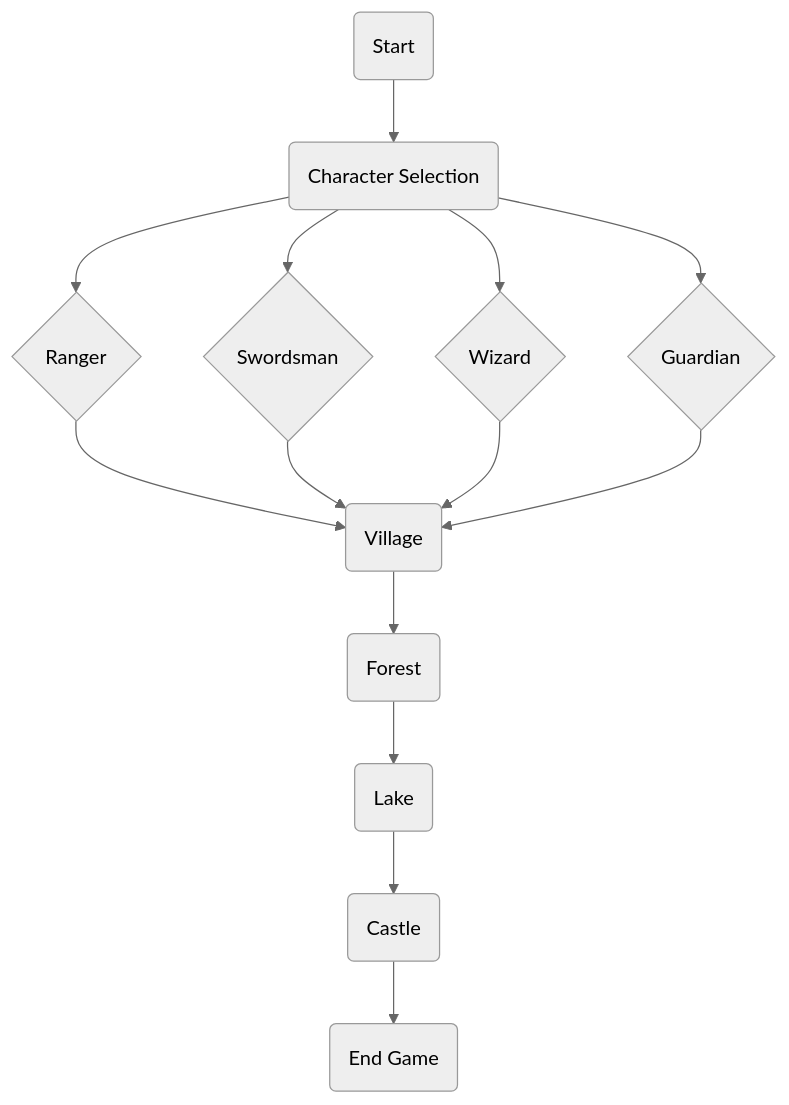
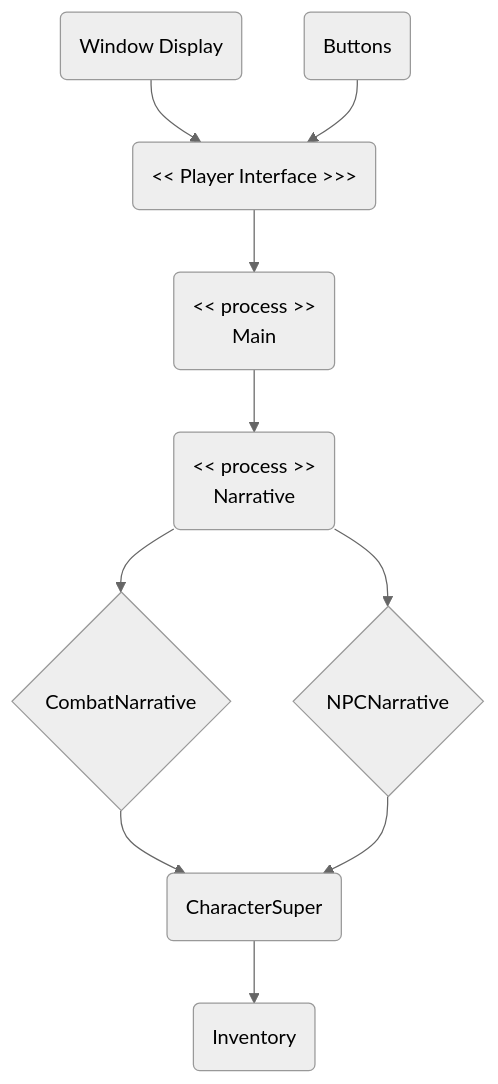
One commit to Canada101/sd changed the second of 3 diagrams in README.md. Above: the diagram before and after it, drawn with Mermaid (neutral theme).

Commit message:
adding/adjusting the process view diagram

````diff
--- a/README.md
+++ b/README.md
@@ -132,19 +132,18 @@
 ```mermaid
 graph TD
-    A(Start) --> B(Character Selection)
-    B --> C{Ranger}
-    B --> D{Swordsman}
-    B --> E{Wizard}
-    B --> F{Guardian}
+    A(<< process >>
+    Main) --> B(<< process >>
+    Narrative)
+    B --> C{CombatNarrative}
+    B --> D{NPCNarrative}
     
-    C --> G(Village)
+    C --> G(CharacterSuper)
     D --> G
-    E --> G
-    F --> G
     
-    G --> H(Forest)
-    H --> I(Lake)
-    I --> J(Castle)
-    
-    J --> K(End Game)
+    G --> H(Inventory)
+
+I(<< Player Interface >>>)
+J(Window Display)-->I
+K(Buttons)-->I
+I-->A
 ```
````
